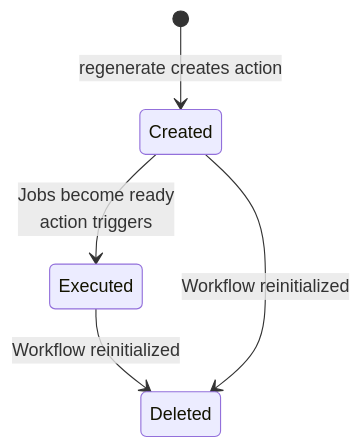
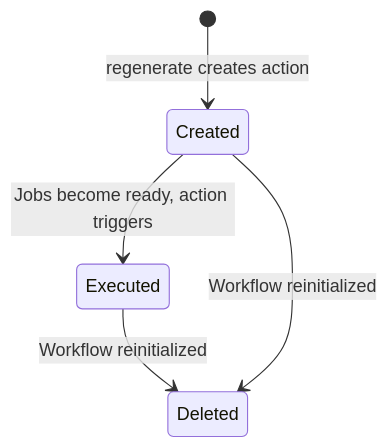
Before and after one commit to NREL/torc: the fifth of 5 diagrams in docs/src/explanation/design/recovery.md, drawn with Mermaid. The commit also changed 5 other files, not shown here.

````diff
--- a/docs/src/explanation/design/recovery.md
+++ b/docs/src/explanation/design/recovery.md
@@ -125,7 +125,7 @@
 ```mermaid
 stateDiagram-v2
     [*] --> Created: regenerate creates action
-    Created --> Executed: Jobs become ready<br/>action triggers
+    Created --> Executed: Jobs become ready, action triggers
     Executed --> Deleted: Workflow reinitialized
     Created --> Deleted: Workflow reinitialized
 ```
````
